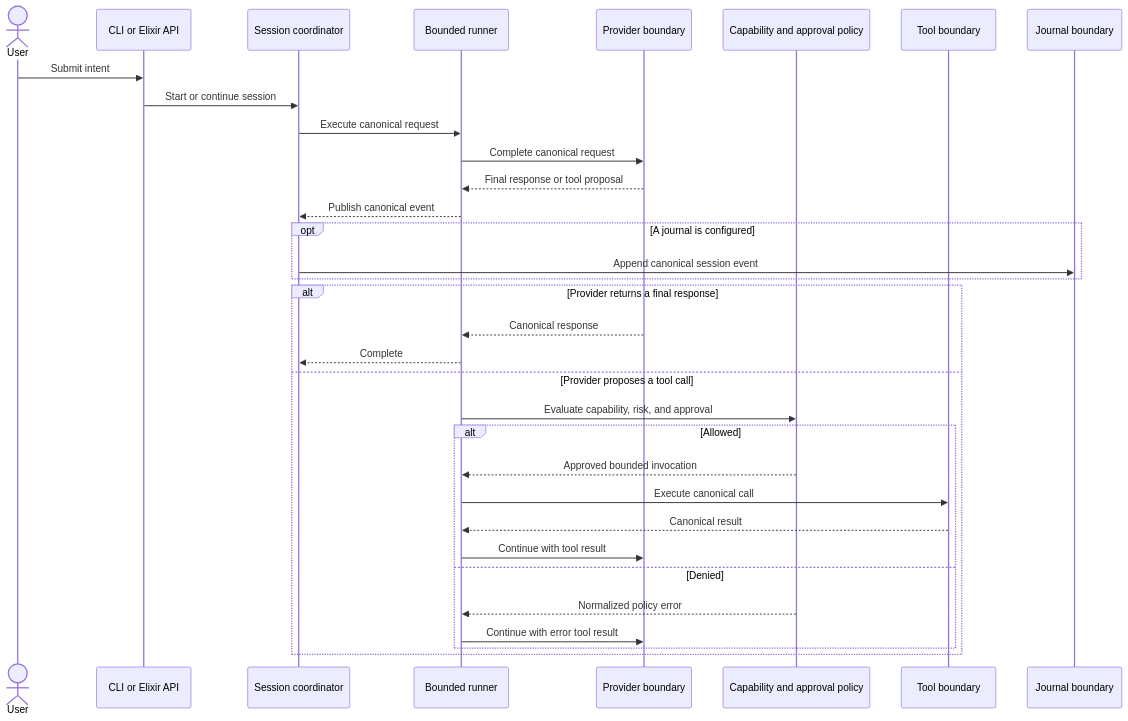
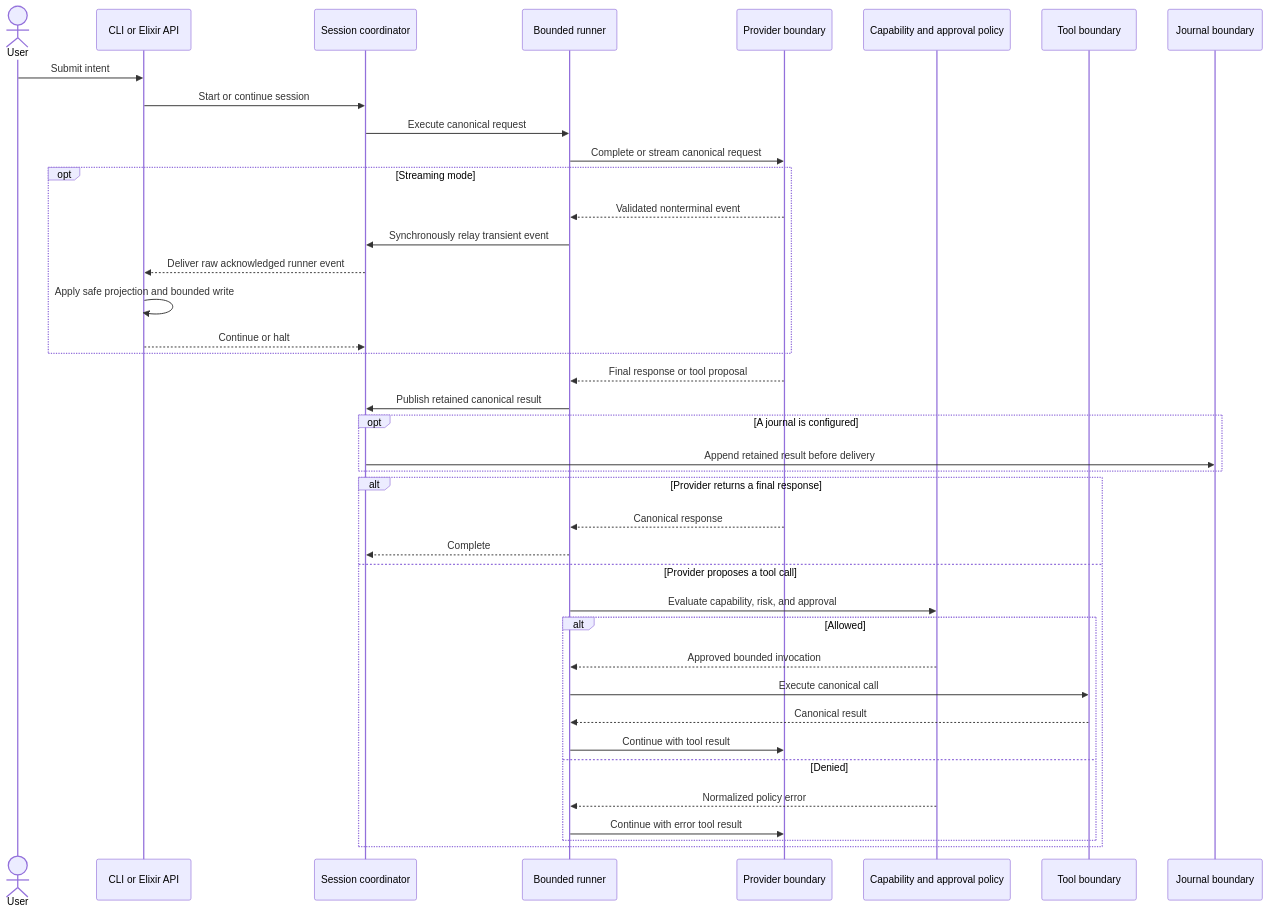
The third of 8 diagrams in docs/architecture.md (ccarvalho-eng/draught), drawn with Mermaid before and after one commit. The commit also changed other lines of this file and 61 other files, not shown here.

````diff
--- a/docs/architecture.md
+++ b/docs/architecture.md
@@ -123,37 +138,44 @@
 ```mermaid
 sequenceDiagram
   actor User
   participant Interface as CLI or Elixir API
   participant Session as Session coordinator
   participant Runtime as Bounded runner
   participant Provider as Provider boundary
   participant Policy as Capability and approval policy
   participant Tool as Tool boundary
   participant Journal as Journal boundary
 
   User->>Interface: Submit intent
   Interface->>Session: Start or continue session
   Session->>Runtime: Execute canonical request
-  Runtime->>Provider: Complete canonical request
+  Runtime->>Provider: Complete or stream canonical request
+  opt Streaming mode
+    Provider-->>Runtime: Validated nonterminal event
+    Runtime->>Session: Synchronously relay transient event
+    Session-->>Interface: Deliver raw acknowledged runner event
+    Interface->>Interface: Apply safe projection and bounded write
+    Interface-->>Session: Continue or halt
+  end
   Provider-->>Runtime: Final response or tool proposal
-  Runtime-->>Session: Publish canonical event
+  Runtime->>Session: Publish retained canonical result
   opt A journal is configured
-    Session->>Journal: Append canonical session event
+    Session->>Journal: Append retained result before delivery
   end
 
   alt Provider returns a final response
     Provider-->>Runtime: Canonical response
     Runtime-->>Session: Complete
   else Provider proposes a tool call
     Runtime->>Policy: Evaluate capability, risk, and approval
     alt Allowed
       Policy-->>Runtime: Approved bounded invocation
       Runtime->>Tool: Execute canonical call
       Tool-->>Runtime: Canonical result
       Runtime->>Provider: Continue with tool result
     else Denied
       Policy-->>Runtime: Normalized policy error
       Runtime->>Provider: Continue with error tool result
     end
   end
 ```
````
